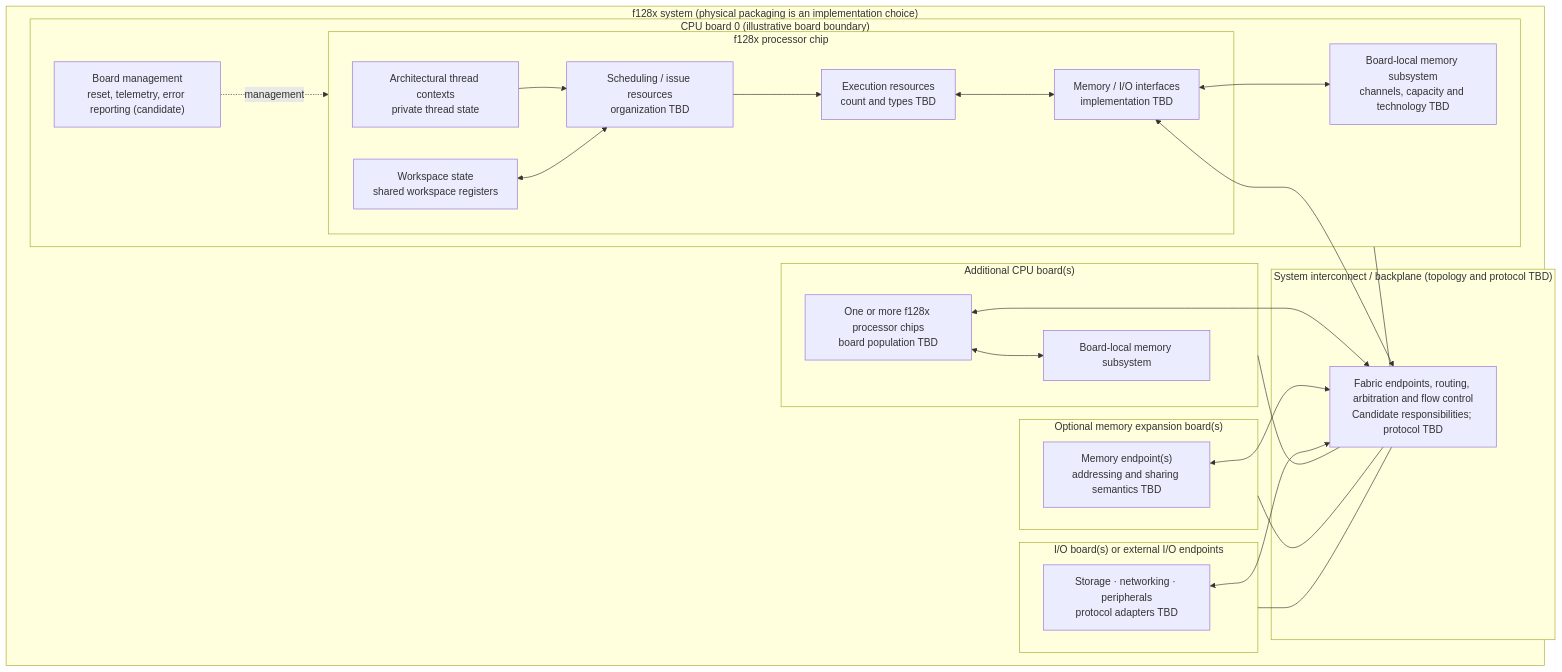
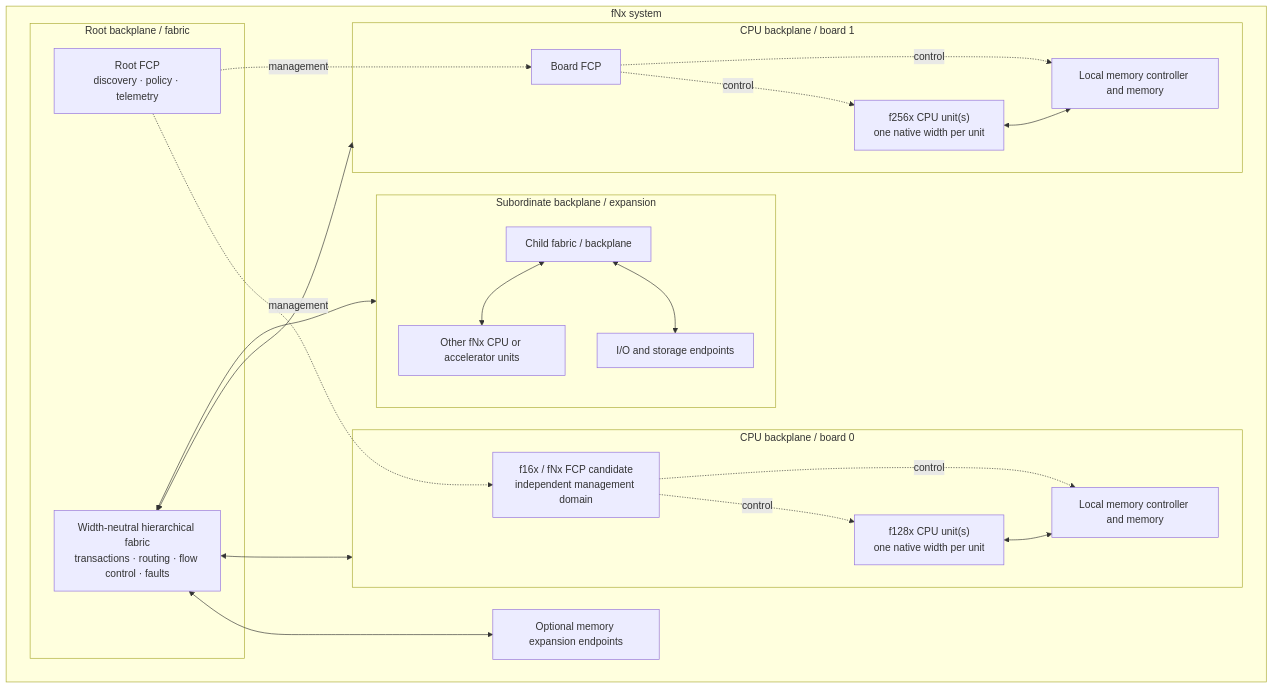
One commit to AI-TwinStream/f128x changed the diagram in docs/architecture/physical-system-block-diagram-0.1.md. Above: the diagram before and after it, drawn with Mermaid. The commit also changed other lines of this file, not shown here.

Commit message:
Update physical system diagram for fNx hierarchy and FCP

````diff
--- a/docs/architecture/physical-system-block-diagram-0.1.md
+++ b/docs/architecture/physical-system-block-diagram-0.1.md
@@ -10,49 +10,39 @@
 ```mermaid
 flowchart TB
-    subgraph SYS["f128x system (physical packaging is an implementation choice)"]
-      subgraph BP["System interconnect / backplane (topology and protocol TBD)"]
-        FAB["Fabric endpoints, routing, arbitration and flow control\nCandidate responsibilities; protocol TBD"]
-      end
-
-      subgraph CB0["CPU board 0 (illustrative board boundary)"]
-        subgraph CHIP0["f128x processor chip"]
-          CTX0["Architectural thread contexts\nprivate thread state"]
-          WS0["Workspace state\nshared workspace registers"]
-          SCHED0["Scheduling / issue resources\norganization TBD"]
-          EXEC0["Execution resources\ncount and types TBD"]
-          MEMIF0["Memory / I/O interfaces\nimplementation TBD"]
-          CTX0 --> SCHED0
-          WS0 <--> SCHED0
-          SCHED0 --> EXEC0
-          EXEC0 <--> MEMIF0
-        end
-        LOCAL0["Board-local memory subsystem\nchannels, capacity and technology TBD"]
-        MGMT0["Board management\nreset, telemetry, error reporting (candidate)"]
-        MEMIF0 <--> LOCAL0
-        MEMIF0 <--> FAB
-        MGMT0 -. management .-> CHIP0
-      end
-
-      subgraph CBN["Additional CPU board(s)"]
-        CHIPN["One or more f128x processor chips\nboard population TBD"]
-        LOCALN["Board-local memory subsystem"]
-        CHIPN <--> LOCALN
-        CHIPN <--> FAB
-      end
-
-      subgraph MEM["Optional memory expansion board(s)"]
-        MEMPOOL["Memory endpoint(s)\naddressing and sharing semantics TBD"]
-        MEMPOOL <--> FAB
-      end
-
-      subgraph IO["I/O board(s) or external I/O endpoints"]
-        IOEP["Storage · networking · peripherals\nprotocol adapters TBD"]
-        IOEP <--> FAB
-      end
+  subgraph SYS["fNx system"]
+    subgraph ROOT["Root backplane / fabric"]
+      FAB["Width-neutral hierarchical fabric\ntransactions · routing · flow control · faults"]
+      ROOTFCP["Root FCP\ndiscovery · policy · telemetry"]
     end
-
-    CB0 --- FAB
-    CBN --- FAB
-    MEM --- FAB
-    IO --- FAB
+    subgraph B0["CPU backplane / board 0"]
+      CPU0["f128x CPU unit(s)\none native width per unit"]
+      FCP0["f16x / fNx FCP candidate\nindependent management domain"]
+      MEM0["Local memory controller and memory"]
+      CPU0 <--> MEM0
+      FCP0 -. control .-> CPU0
+      FCP0 -. control .-> MEM0
+    end
+    subgraph B1["CPU backplane / board 1"]
+      CPU1["f256x CPU unit(s)\none native width per unit"]
+      FCP1["Board FCP"]
+      MEM1["Local memory controller and memory"]
+      CPU1 <--> MEM1
+      FCP1 -. control .-> CPU1
+      FCP1 -. control .-> MEM1
+    end
+    subgraph SUB["Subordinate backplane / expansion"]
+      FAB2["Child fabric / backplane"]
+      CPU2["Other fNx CPU or accelerator units"]
+      IO2["I/O and storage endpoints"]
+      FAB2 <--> CPU2
+      FAB2 <--> IO2
+    end
+    MEMX["Optional memory expansion endpoints"]
+    ROOTFCP -. management .-> FCP0
+    ROOTFCP -. management .-> FCP1
+    FAB <--> B0
+    FAB <--> B1
+    FAB <--> SUB
+    FAB <--> MEMX
+  end
 ```
````
